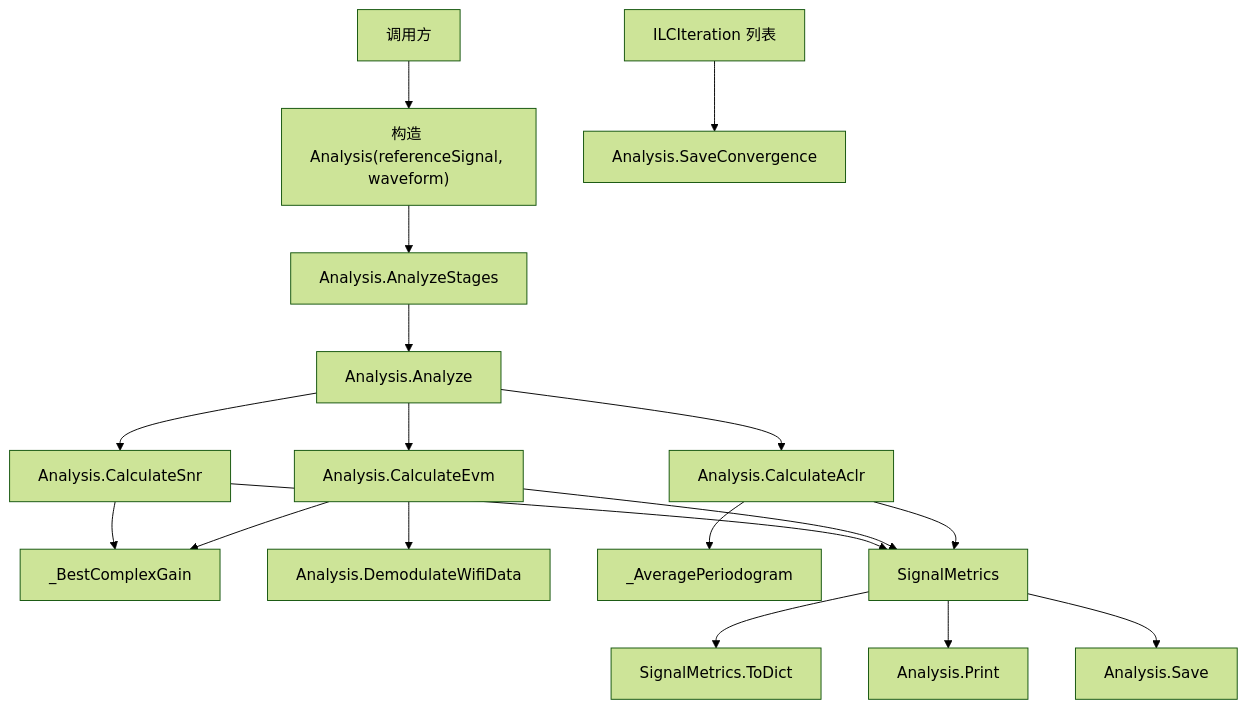
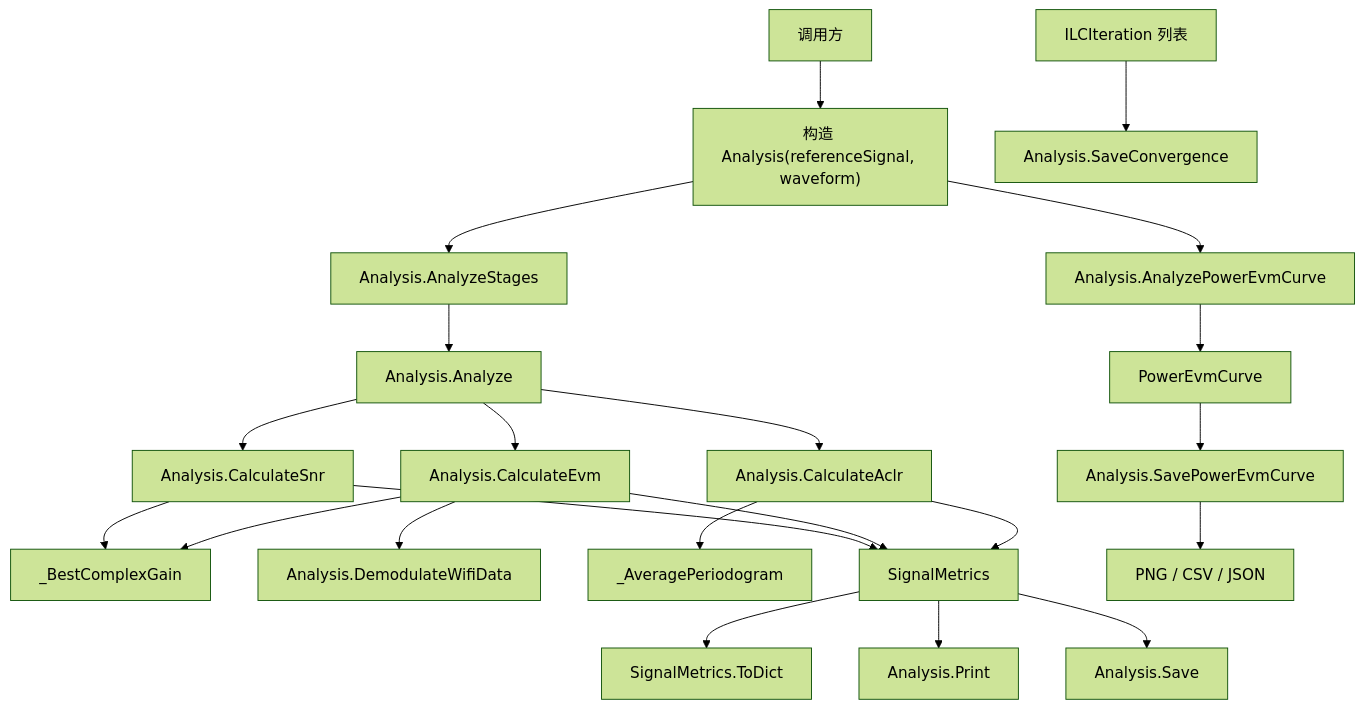
One commit to niyilu45/DPD_ILC changed the seventh of 9 diagrams in README.md. Above: the diagram before and after it, drawn with Mermaid (forest theme). The commit also changed other lines of this file and 6 other files, not shown here.

Commit message:
Add multi-method power-EVM curves

````diff
--- a/README.md
+++ b/README.md
@@ -248,22 +259,26 @@
 ```mermaid
 flowchart TD
     caller["调用方"] --> context["构造 Analysis(referenceSignal, waveform)"]
     context --> stages["Analysis.AnalyzeStages"]
     stages --> analyze["Analysis.Analyze"]
     analyze --> snr["Analysis.CalculateSnr"]
     analyze --> evm["Analysis.CalculateEvm"]
     analyze --> aclr["Analysis.CalculateAclr"]
 
     snr --> gain["_BestComplexGain"]
     evm --> demod["Analysis.DemodulateWifiData"]
     evm --> gain
     aclr --> psd["_AveragePeriodogram"]
 
     snr --> metrics["SignalMetrics"]
     evm --> metrics
     aclr --> metrics
     metrics --> toDict["SignalMetrics.ToDict"]
     metrics --> print["Analysis.Print"]
     metrics --> save["Analysis.Save"]
     convergence["ILCIteration 列表"] --> saveConvergence["Analysis.SaveConvergence"]
+    context --> powerSweep["Analysis.AnalyzePowerEvmCurve"]
+    powerSweep --> curve["PowerEvmCurve"]
+    curve --> curveSave["Analysis.SavePowerEvmCurve"]
+    curveSave --> curveFiles["PNG / CSV / JSON"]
 ```
````
